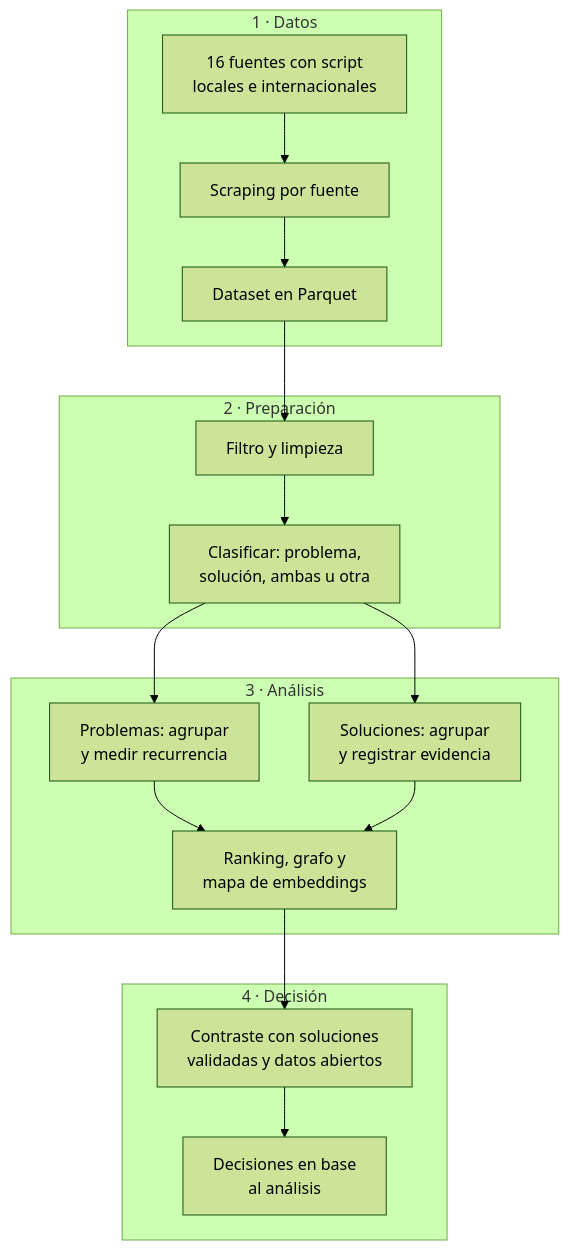
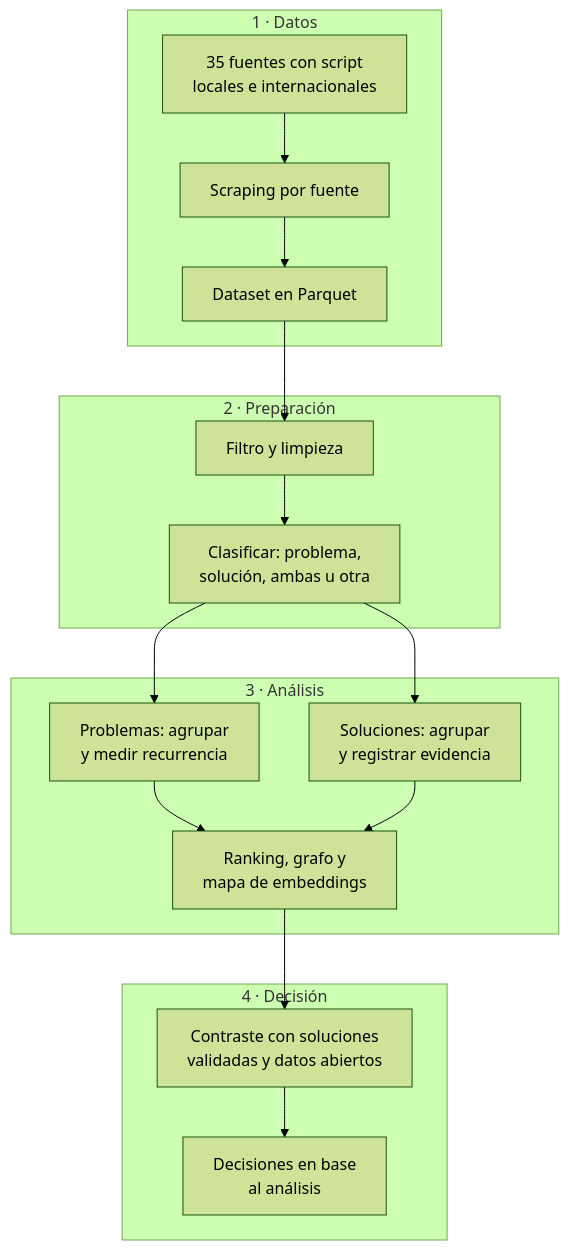
One commit to NachoSamo/pipeline-decision-data changed the second of 2 diagrams in README.md. Above: the diagram before and after it, drawn with Mermaid (forest theme). The commit also changed other lines of this file and 4 other files, not shown here.

First line of the commit message:
Agregar script de 19 fuentes especializadas en residuos

````diff
--- a/README.md
+++ b/README.md
@@ -109,27 +109,27 @@
 ```mermaid
 flowchart TB
     subgraph Datos["1 · Datos"]
-        A["16 fuentes con script<br/>locales e internacionales"] --> B["Scraping por fuente"] --> C["Dataset en Parquet"]
+        A["35 fuentes con script<br/>locales e internacionales"] --> B["Scraping por fuente"] --> C["Dataset en Parquet"]
     end
 
     subgraph Preparacion["2 · Preparación"]
         D["Filtro y limpieza"] --> E["Clasificar: problema,<br/>solución, ambas u otra"]
     end
 
     subgraph Analisis["3 · Análisis"]
         F["Problemas: agrupar<br/>y medir recurrencia"]
         G["Soluciones: agrupar<br/>y registrar evidencia"]
         H["Ranking, grafo y<br/>mapa de embeddings"]
         F --> H
         G --> H
     end
 
     subgraph Decision["4 · Decisión"]
         I["Contraste con soluciones<br/>validadas y datos abiertos"] --> J["Decisiones en base<br/>al análisis"]
     end
 
     C --> D
     E --> F
     E --> G
     H --> I
 ```
````
